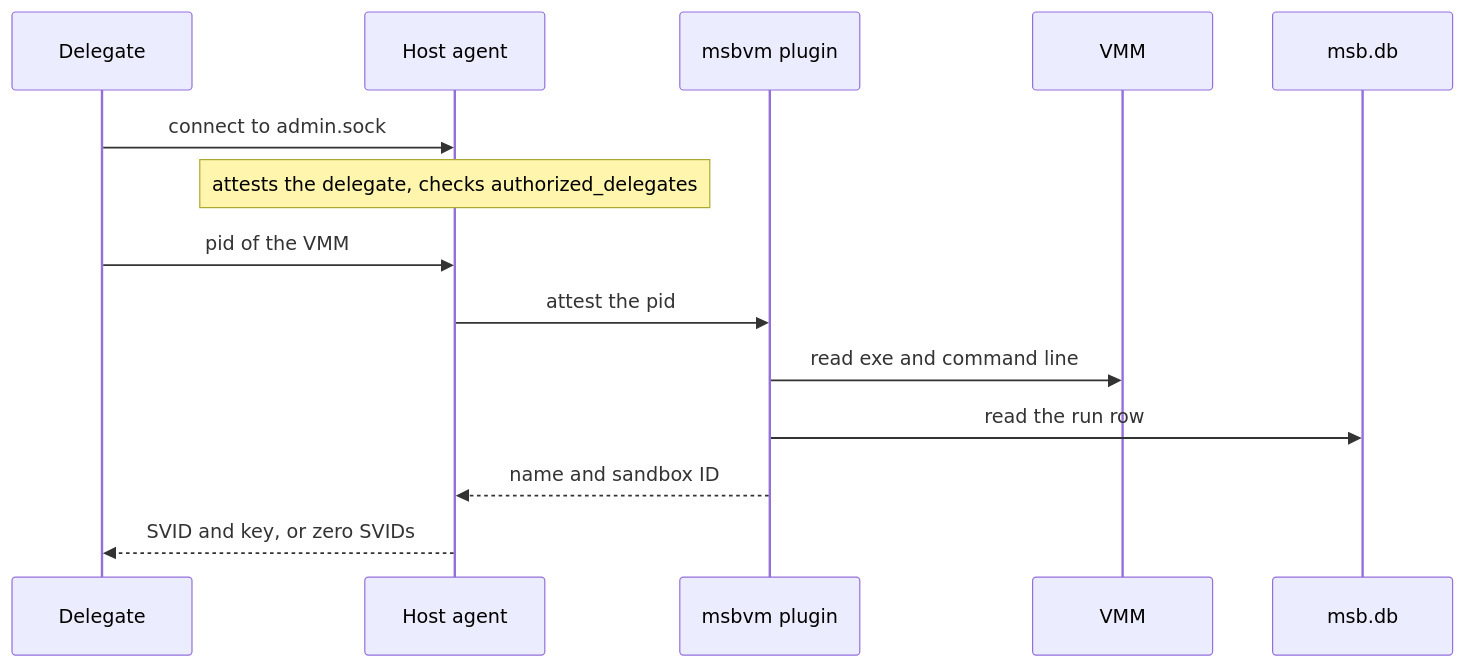
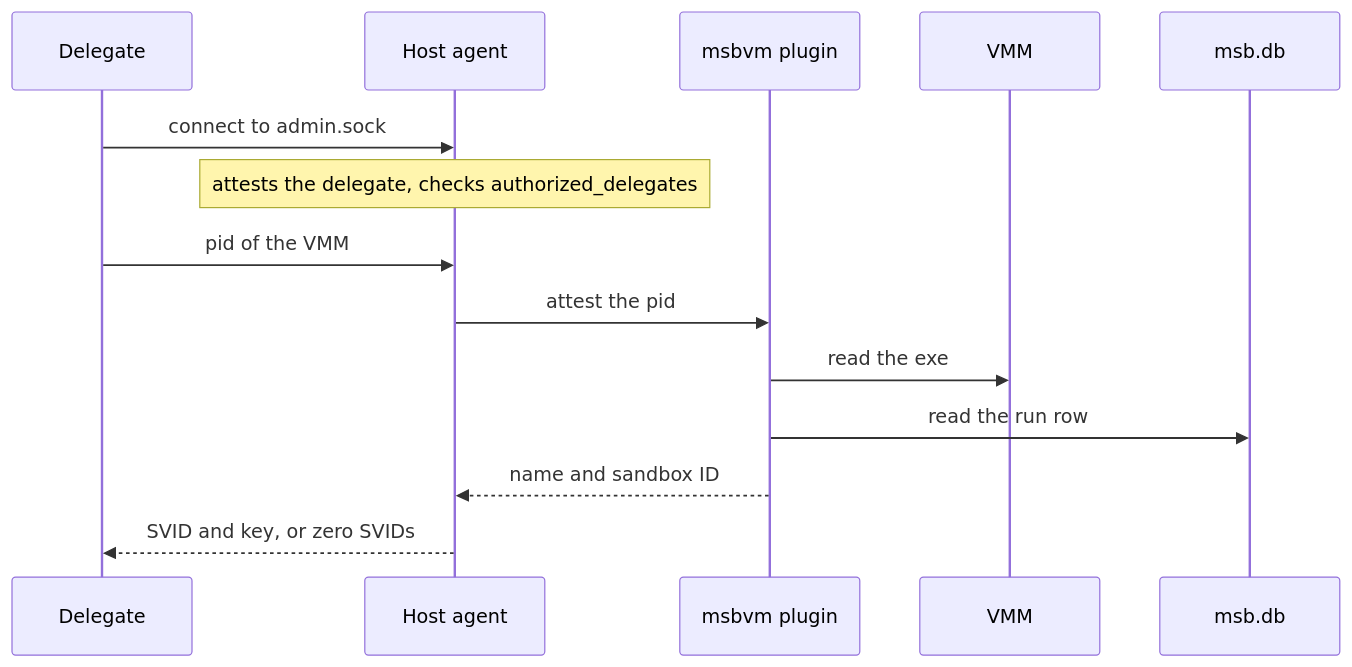
One commit to raghav19/engineersdaybook changed the third of 5 diagrams in code/agent-workload-identity/docs/workload-attestation.md. Above: the diagram before and after it, drawn with Mermaid. The commit also changed other lines of this file and 13 other files, not shown here.

````diff
--- a/code/agent-workload-identity/docs/workload-attestation.md
+++ b/code/agent-workload-identity/docs/workload-attestation.md
@@ -76,16 +76,16 @@
 ```mermaid
 sequenceDiagram
     participant D as Delegate
     participant A as Host agent
     participant P as msbvm plugin
     participant V as VMM
     participant DB as msb.db
     D->>A: connect to admin.sock
     Note over A: attests the delegate, checks authorized_delegates
     D->>A: pid of the VMM
     A->>P: attest the pid
-    P->>V: read exe and command line
+    P->>V: read the exe
     P->>DB: read the run row
     P-->>A: name and sandbox ID
     A-->>D: SVID and key, or zero SVIDs
 ```
````
